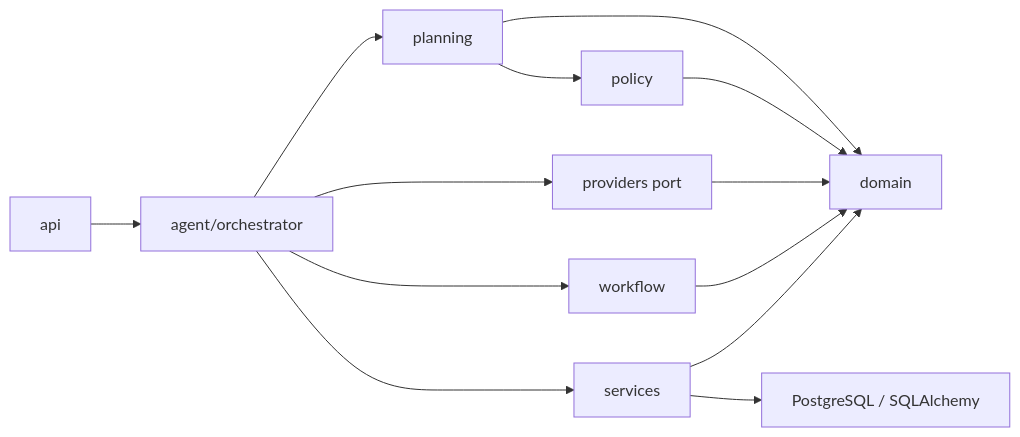
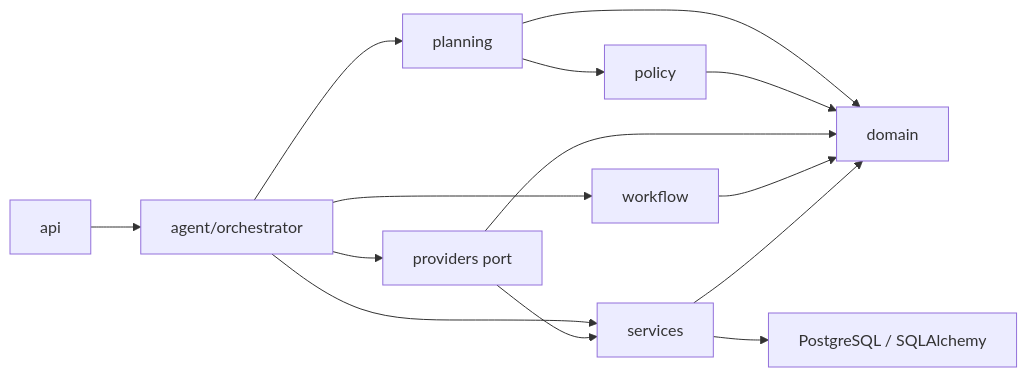
The first of 2 diagrams in docs/architecture.md (yanyukang2003-ux/corporate-travel-agent), drawn with Mermaid before and after one commit. The commit also changed other lines of this file and 51 other files, not shown here.

````diff
--- a/docs/architecture.md
+++ b/docs/architecture.md
@@ -20,15 +20,16 @@
 ```mermaid
 flowchart LR
     API["api"] --> AGENT["agent/orchestrator"]
     AGENT --> WORKFLOW["workflow"]
     AGENT --> SERVICES["services"]
     SERVICES --> POSTGRES["PostgreSQL / SQLAlchemy"]
     AGENT --> PROVIDERS["providers port"]
     AGENT --> PLANNING["planning"]
     PLANNING --> POLICY["policy"]
     PLANNING --> DOMAIN["domain"]
     POLICY --> DOMAIN
     PROVIDERS --> DOMAIN
+    PROVIDERS --> SERVICES
     WORKFLOW --> DOMAIN
     SERVICES --> DOMAIN
 ```
````
